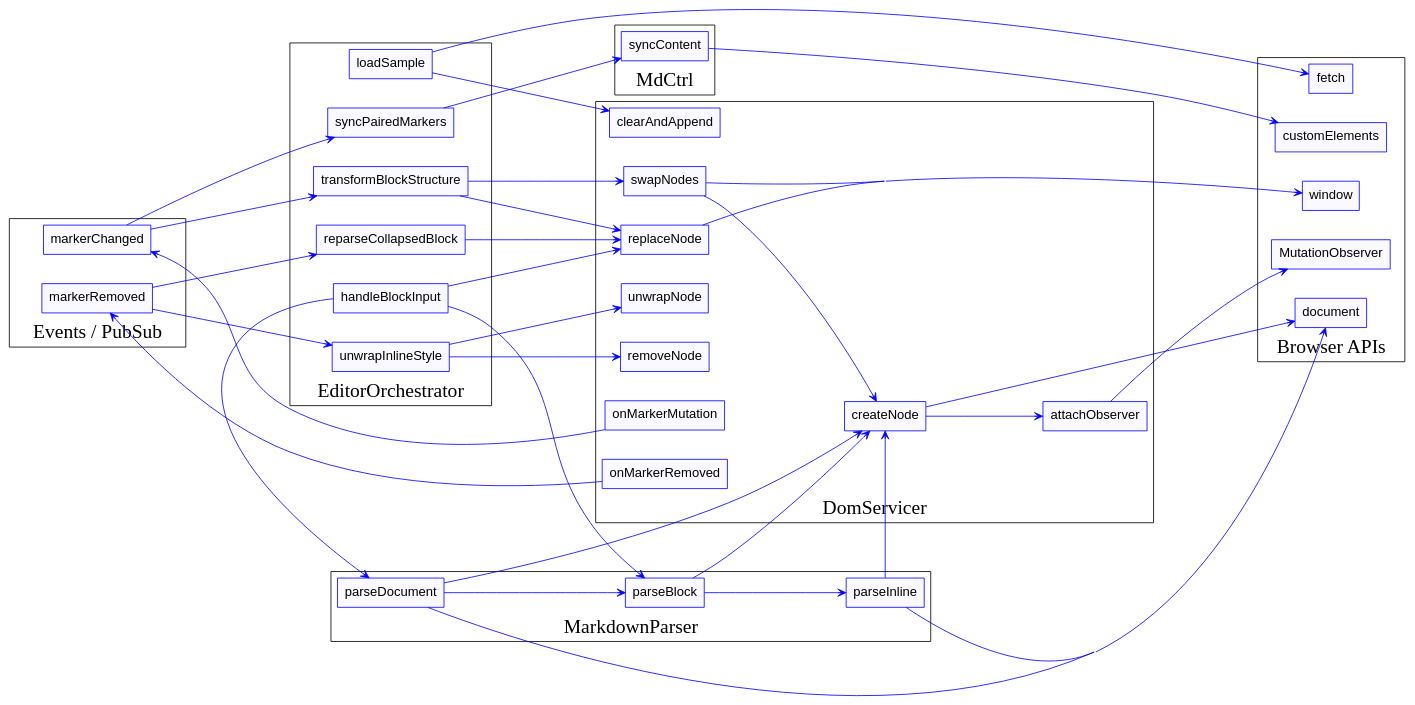
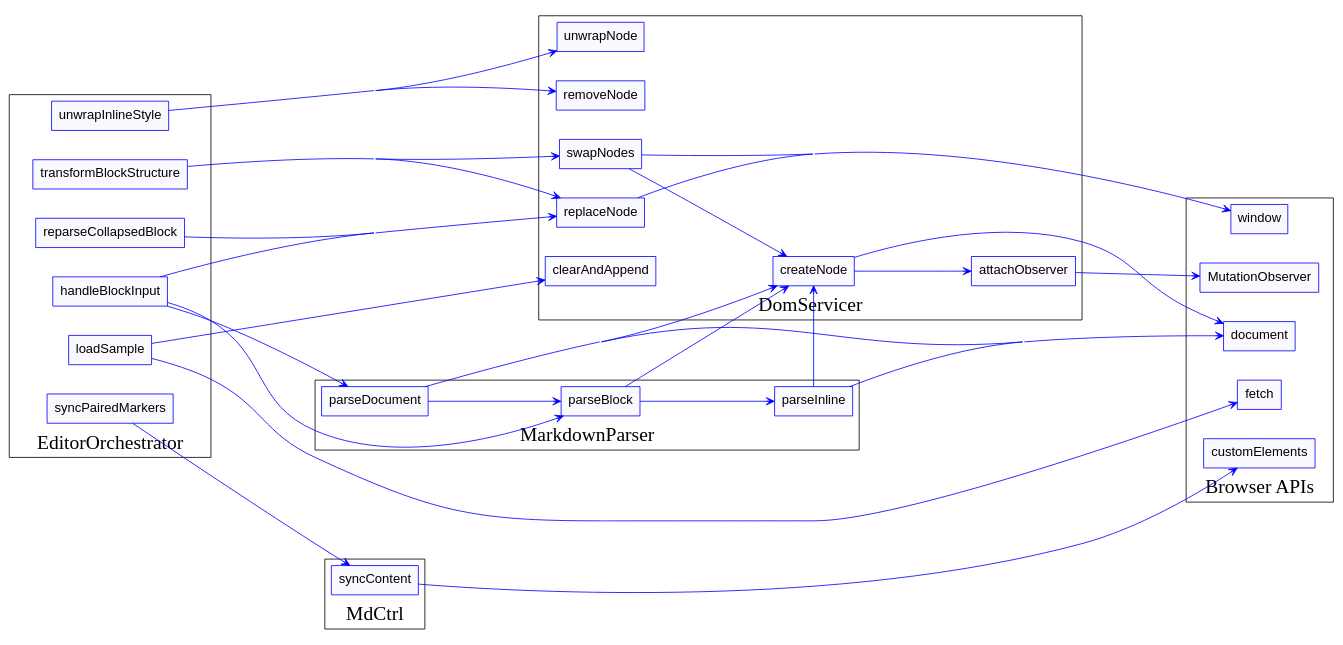
Before and after one commit to invisement/markdown-presentation: the diagram in reports/logic-graph.dot, drawn with Graphviz. The commit also changed 10 other files, not shown here.

```diff
--- a/reports/logic-graph.dot
+++ b/reports/logic-graph.dot
@@ -1,81 +1,68 @@
 digraph logic {
   graph [fontsize=24; rankdir="LR"; labelloc="b"; concentrate=true; overlap=false; splines=true; color=black; nodesep=0.5; ranksep=2;];
   node [shape=box, fontsize=16, color=blue, fontname="Arial", style=filled, fillcolor="#f9f9ff"];
   edge [fontsize=12, color=blue, arrowhead=vee];
 
   subgraph "cluster_EditorOrchestrator" {
     label = "EditorOrchestrator";
     "editor-orchestrator.ts:EditorOrchestrator:syncPairedMarkers" [label="syncPairedMarkers", URL="editor-orchestrator.ts", tooltip="editor-orchestrator.ts"];
     "editor-orchestrator.ts:EditorOrchestrator:transformBlockStructure" [label="transformBlockStructure", URL="editor-orchestrator.ts", tooltip="editor-orchestrator.ts"];
     "editor-orchestrator.ts:EditorOrchestrator:reparseCollapsedBlock" [label="reparseCollapsedBlock", URL="editor-orchestrator.ts", tooltip="editor-orchestrator.ts"];
     "editor-orchestrator.ts:EditorOrchestrator:unwrapInlineStyle" [label="unwrapInlineStyle", URL="editor-orchestrator.ts", tooltip="editor-orchestrator.ts"];
     "editor-orchestrator.ts:EditorOrchestrator:handleBlockInput" [label="handleBlockInput", URL="editor-orchestrator.ts", tooltip="editor-orchestrator.ts"];
     "editor-orchestrator.ts:EditorOrchestrator:loadSample" [label="loadSample", URL="editor-orchestrator.ts", tooltip="editor-orchestrator.ts"];
   }
   subgraph "cluster_MdCtrl" {
     label = "MdCtrl";
     "dom-servicer.ts:MdCtrl:syncContent" [label="syncContent", URL="dom-servicer.ts", tooltip="dom-servicer.ts"];
   }
   subgraph "cluster_DomServicer" {
     label = "DomServicer";
     "dom-servicer.ts:DomServicer:replaceNode" [label="replaceNode", URL="dom-servicer.ts", tooltip="dom-servicer.ts"];
     "dom-servicer.ts:DomServicer:swapNodes" [label="swapNodes", URL="dom-servicer.ts", tooltip="dom-servicer.ts"];
     "dom-servicer.ts:DomServicer:removeNode" [label="removeNode", URL="dom-servicer.ts", tooltip="dom-servicer.ts"];
     "dom-servicer.ts:DomServicer:unwrapNode" [label="unwrapNode", URL="dom-servicer.ts", tooltip="dom-servicer.ts"];
     "dom-servicer.ts:DomServicer:clearAndAppend" [label="clearAndAppend", URL="dom-servicer.ts", tooltip="dom-servicer.ts"];
     "dom-servicer.ts:DomServicer:createNode" [label="createNode", URL="dom-servicer.ts", tooltip="dom-servicer.ts"];
     "dom-servicer.ts:DomServicer:attachObserver" [label="attachObserver", URL="dom-servicer.ts", tooltip="dom-servicer.ts"];
-    "dom-servicer.ts:DomServicer:onMarkerMutation" [label="onMarkerMutation", URL="dom-servicer.ts", tooltip="dom-servicer.ts"];
-    "dom-servicer.ts:DomServicer:onMarkerRemoved" [label="onMarkerRemoved", URL="dom-servicer.ts", tooltip="dom-servicer.ts"];
   }
   subgraph "cluster_MarkdownParser" {
     label = "MarkdownParser";
     "markdown-parser.ts:MarkdownParser:parseDocument" [label="parseDocument", URL="markdown-parser.ts", tooltip="markdown-parser.ts"];
     "markdown-parser.ts:MarkdownParser:parseBlock" [label="parseBlock", URL="markdown-parser.ts", tooltip="markdown-parser.ts"];
     "markdown-parser.ts:MarkdownParser:parseInline" [label="parseInline", URL="markdown-parser.ts", tooltip="markdown-parser.ts"];
-  }
-  subgraph cluster_events {
-    label = "Events / PubSub";
-    "Topic:markerChanged" [label="markerChanged", URL="pubsub.ts", tooltip="pubsub.ts"];
-    "Topic:markerRemoved" [label="markerRemoved", URL="pubsub.ts", tooltip="pubsub.ts"];
   }
   subgraph cluster_browser {
     label = "Browser APIs";
     "Browser:fetch" [label="fetch"];
     "Browser:customElements" [label="customElements"];
     "Browser:document" [label="document"];
     "Browser:MutationObserver" [label="MutationObserver"];
     "Browser:window" [label="window"];
   }
-  "Topic:markerChanged" -> "editor-orchestrator.ts:EditorOrchestrator:syncPairedMarkers";
-  "Topic:markerChanged" -> "editor-orchestrator.ts:EditorOrchestrator:transformBlockStructure";
-  "Topic:markerRemoved" -> "editor-orchestrator.ts:EditorOrchestrator:reparseCollapsedBlock";
-  "Topic:markerRemoved" -> "editor-orchestrator.ts:EditorOrchestrator:unwrapInlineStyle";
   "dom-servicer.ts:DomServicer:attachObserver" -> "Browser:MutationObserver";
   "dom-servicer.ts:DomServicer:createNode" -> "Browser:document";
   "dom-servicer.ts:DomServicer:createNode" -> "dom-servicer.ts:DomServicer:attachObserver";
-  "dom-servicer.ts:DomServicer:onMarkerMutation" -> "Topic:markerChanged";
-  "dom-servicer.ts:DomServicer:onMarkerRemoved" -> "Topic:markerRemoved";
   "dom-servicer.ts:DomServicer:replaceNode" -> "Browser:window";
   "dom-servicer.ts:DomServicer:swapNodes" -> "Browser:window";
   "dom-servicer.ts:DomServicer:swapNodes" -> "dom-servicer.ts:DomServicer:createNode";
   "dom-servicer.ts:MdCtrl:syncContent" -> "Browser:customElements";
   "editor-orchestrator.ts:EditorOrchestrator:handleBlockInput" -> "dom-servicer.ts:DomServicer:replaceNode";
   "editor-orchestrator.ts:EditorOrchestrator:handleBlockInput" -> "markdown-parser.ts:MarkdownParser:parseBlock";
   "editor-orchestrator.ts:EditorOrchestrator:handleBlockInput" -> "markdown-parser.ts:MarkdownParser:parseDocument";
   "editor-orchestrator.ts:EditorOrchestrator:loadSample" -> "Browser:fetch";
   "editor-orchestrator.ts:EditorOrchestrator:loadSample" -> "dom-servicer.ts:DomServicer:clearAndAppend";
   "editor-orchestrator.ts:EditorOrchestrator:reparseCollapsedBlock" -> "dom-servicer.ts:DomServicer:replaceNode";
   "editor-orchestrator.ts:EditorOrchestrator:syncPairedMarkers" -> "dom-servicer.ts:MdCtrl:syncContent";
   "editor-orchestrator.ts:EditorOrchestrator:transformBlockStructure" -> "dom-servicer.ts:DomServicer:replaceNode";
   "editor-orchestrator.ts:EditorOrchestrator:transformBlockStructure" -> "dom-servicer.ts:DomServicer:swapNodes";
   "editor-orchestrator.ts:EditorOrchestrator:unwrapInlineStyle" -> "dom-servicer.ts:DomServicer:removeNode";
   "editor-orchestrator.ts:EditorOrchestrator:unwrapInlineStyle" -> "dom-servicer.ts:DomServicer:unwrapNode";
   "markdown-parser.ts:MarkdownParser:parseBlock" -> "dom-servicer.ts:DomServicer:createNode";
   "markdown-parser.ts:MarkdownParser:parseBlock" -> "markdown-parser.ts:MarkdownParser:parseInline";
   "markdown-parser.ts:MarkdownParser:parseDocument" -> "Browser:document";
   "markdown-parser.ts:MarkdownParser:parseDocument" -> "dom-servicer.ts:DomServicer:createNode";
   "markdown-parser.ts:MarkdownParser:parseDocument" -> "markdown-parser.ts:MarkdownParser:parseBlock";
   "markdown-parser.ts:MarkdownParser:parseInline" -> "Browser:document";
   "markdown-parser.ts:MarkdownParser:parseInline" -> "dom-servicer.ts:DomServicer:createNode";
 }
```
